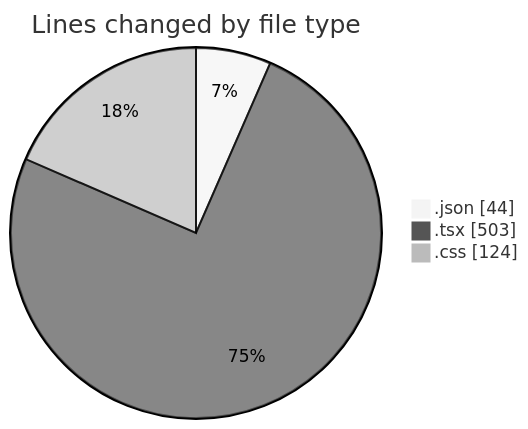
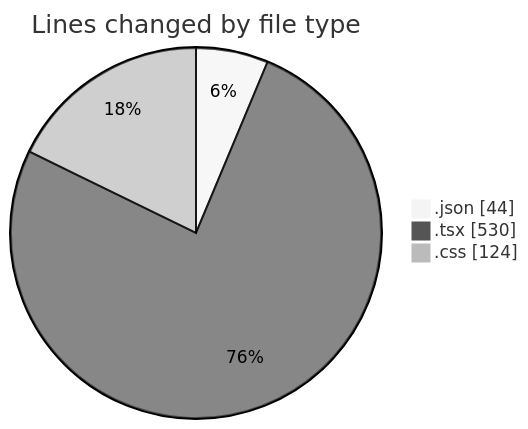
One commit to robertbonfada/code-tracking changed the first of 2 diagrams in 2025-03-18/peregrino-web/README.md. Above: the diagram before and after it, drawn with Mermaid (neutral theme). The commit also changed other lines of this file and 1 other file, not shown here.

````diff
--- a/2025-03-18/peregrino-web/README.md
+++ b/2025-03-18/peregrino-web/README.md
@@ -26,7 +26,7 @@
 ```mermaid
 pie showData
 title Lines changed by file type
 ".json" : 44
-".tsx" : 503
+".tsx" : 530
 ".css" : 124
 ```
````
